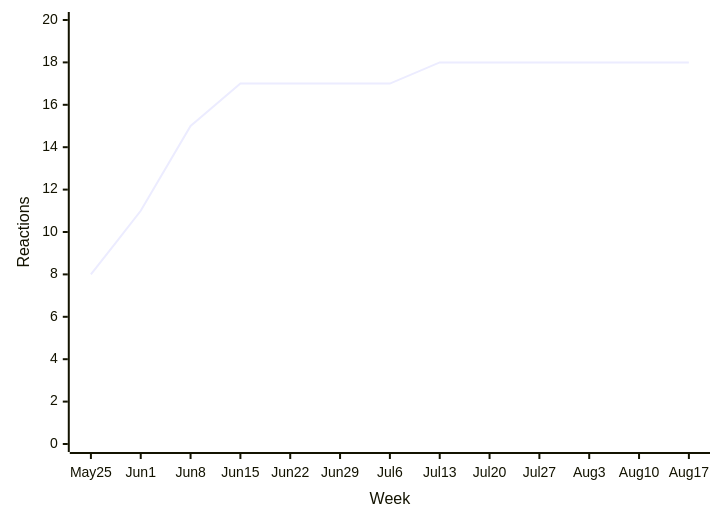
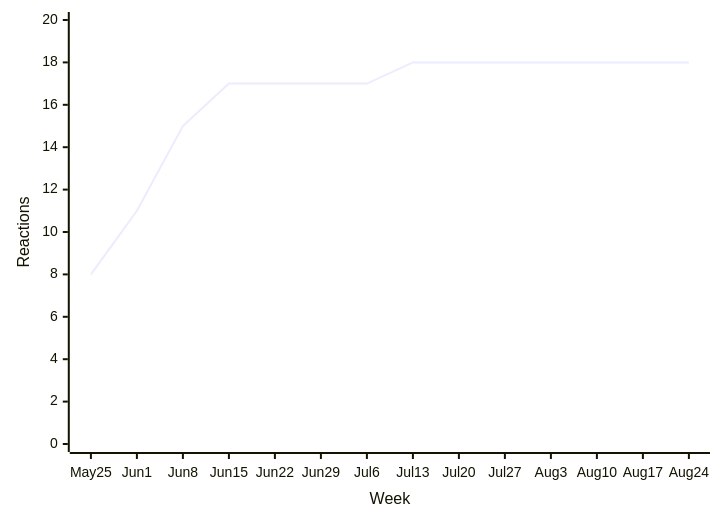
One commit to loic-sharma/github-insights changed diagram 14 of 38 in README.md. Above: the diagram before and after it, drawn with Mermaid. The commit also changed other lines of this file and 3 other files, not shown here.

````diff
--- a/README.md
+++ b/README.md
@@ -545,6 +545,6 @@
   ```mermaid
   xychart-beta
-    x-axis "Week" [May 25, Jun 1, Jun 8, Jun 15, Jun 22, Jun 29, Jul 6, Jul 13, Jul 20, Jul 27, Aug 3, Aug 10, Aug 17]
+    x-axis "Week" [May 25, Jun 1, Jun 8, Jun 15, Jun 22, Jun 29, Jul 6, Jul 13, Jul 20, Jul 27, Aug 3, Aug 10, Aug 17, Aug 24]
     y-axis "Reactions" 0 --> 20
-    line [8, 11, 15, 17, 17, 17, 17, 18, 18, 18, 18, 18, 18]
+    line [8, 11, 15, 17, 17, 17, 17, 18, 18, 18, 18, 18, 18, 18]
   ```
````
